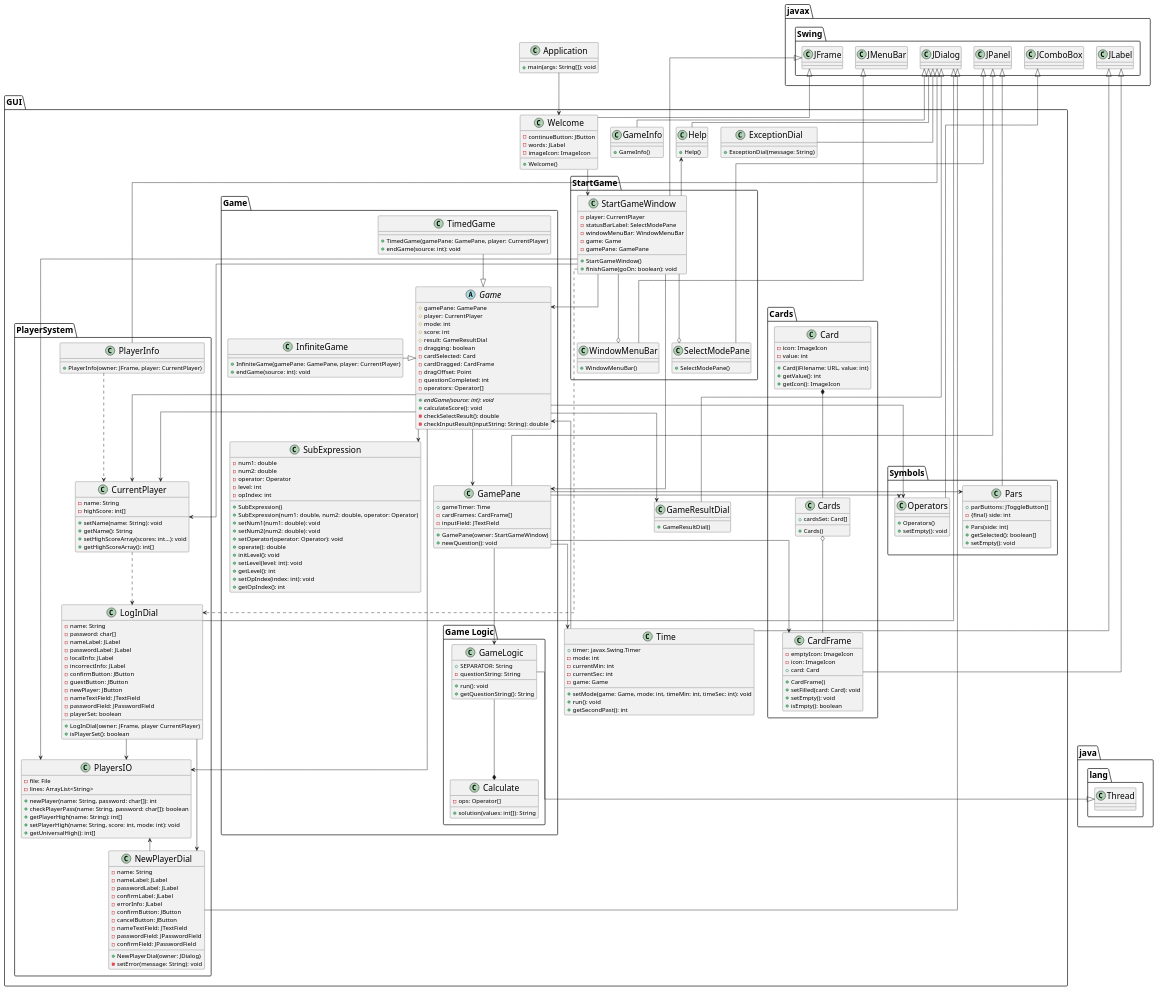
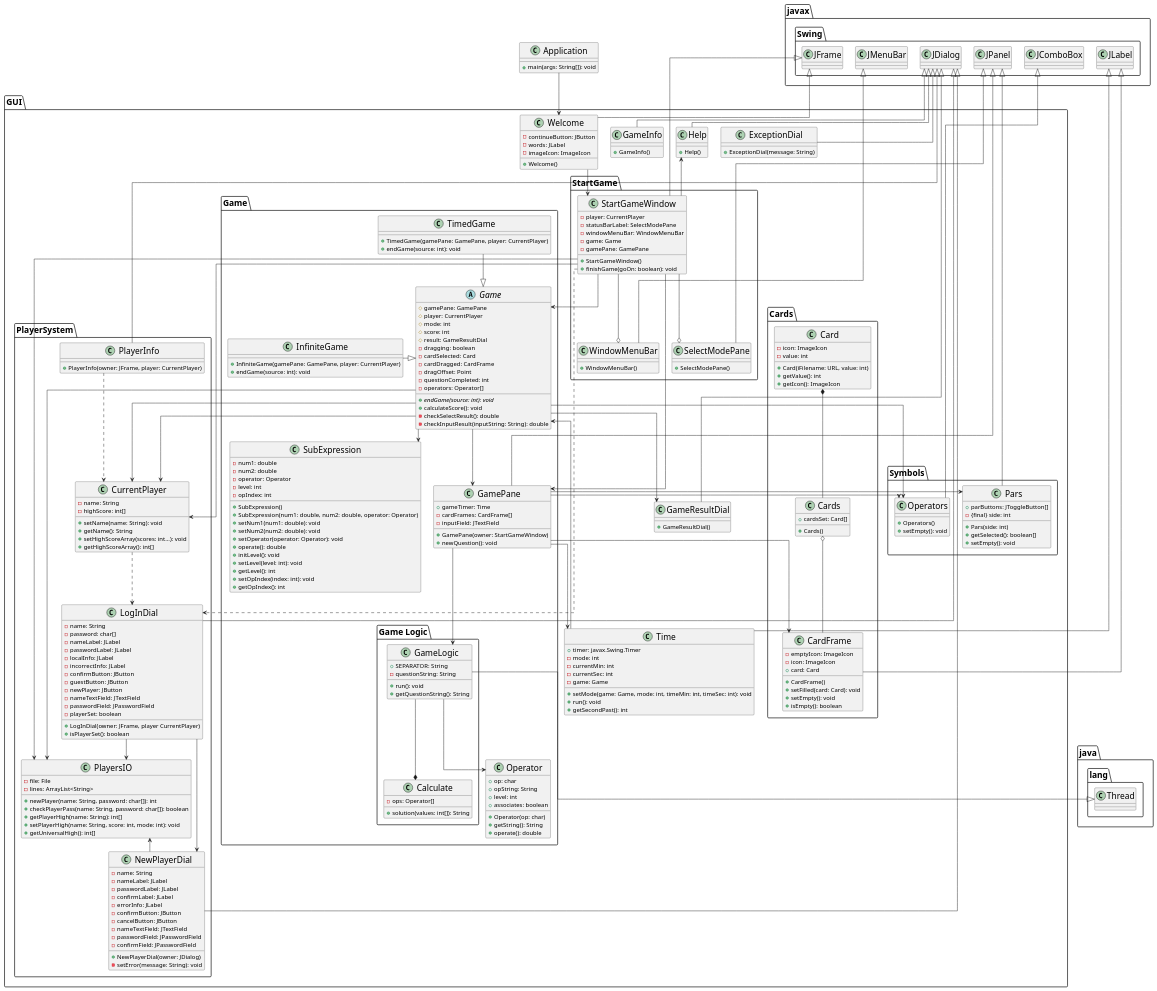
The diagram in UMLGraph.puml (KamitobiHaru/PublicJavaCourseDesign), drawn with PlantUML before and after one commit. The commit also changed 3 other files, not shown here.

```diff
--- a/UMLGraph.puml
+++ b/UMLGraph.puml
@@ -147,7 +147,16 @@
             -checkSelectResult(): double
             -checkInputResult(inputString: String): double
         }
-
+        class Operator{
+            +op: char
+            +opString: String
+            +level: int
+            +associates: boolean
+            +Operator(op: char)
+            +getString(): String
+            +operate(): double
+        }
+        GameLogic --> Operator
         class TimedGame {
             +TimedGame(gamePane: GamePane, player: CurrentPlayer)
             +endGame(source: int): void
```
